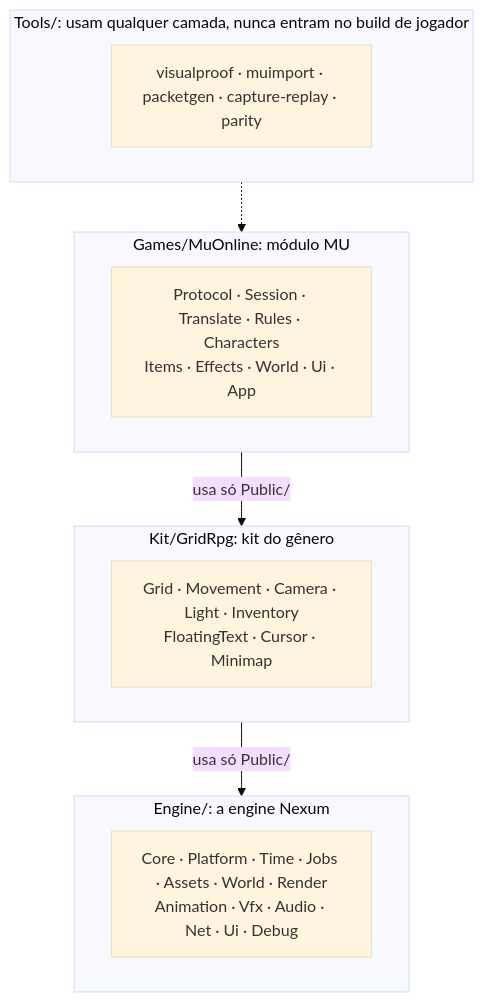
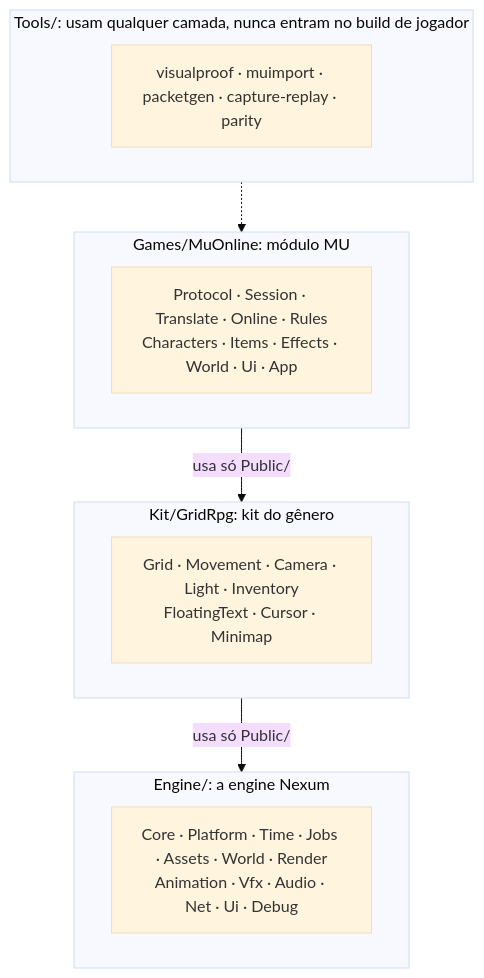
One commit to ecologycrw/nexum changed the second of 3 diagrams in docs/ARCHITECTURE.md. Above: the diagram before and after it, drawn with Mermaid (base theme). The commit also changed other lines of this file and 218 other files, not shown here.

````diff
--- a/docs/ARCHITECTURE.md
+++ b/docs/ARCHITECTURE.md
@@ -22,18 +31,18 @@
 ```mermaid
 flowchart TB
     subgraph TOOLS["Tools/: usam qualquer camada, nunca entram no build de jogador"]
         T["visualproof · muimport · packetgen · capture-replay · parity"]
     end
     subgraph GAME["Games/MuOnline: módulo MU"]
-        G["Protocol · Session · Translate · Rules · Characters<br/>Items · Effects · World · Ui · App"]
+        G["Protocol · Session · Translate · Online · Rules<br/>Characters · Items · Effects · World · Ui · App"]
     end
     subgraph KIT["Kit/GridRpg: kit do gênero"]
         K["Grid · Movement · Camera · Light · Inventory<br/>FloatingText · Cursor · Minimap"]
     end
     subgraph ENG["Engine/: a engine Nexum"]
         E["Core · Platform · Time · Jobs · Assets · World · Render<br/>Animation · Vfx · Audio · Net · Ui · Debug"]
     end
     TOOLS -.-> GAME
     GAME -->|"usa só Public/"| KIT
     KIT -->|"usa só Public/"| ENG
 ```
````
